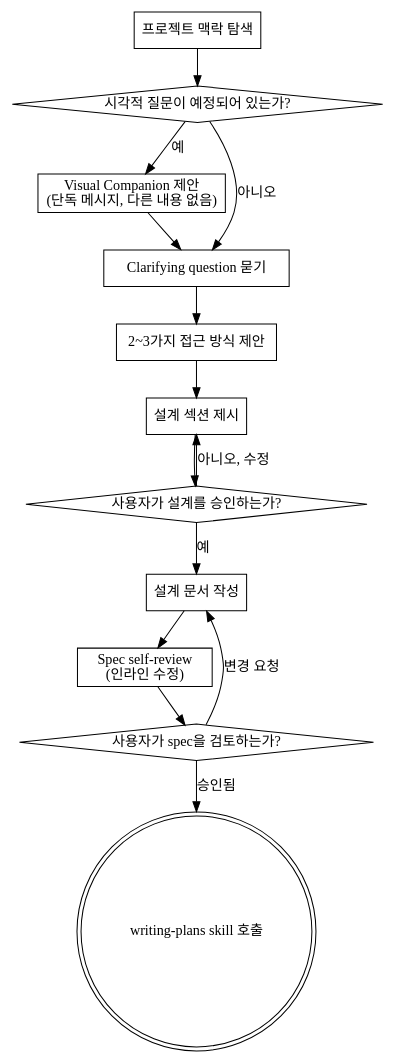
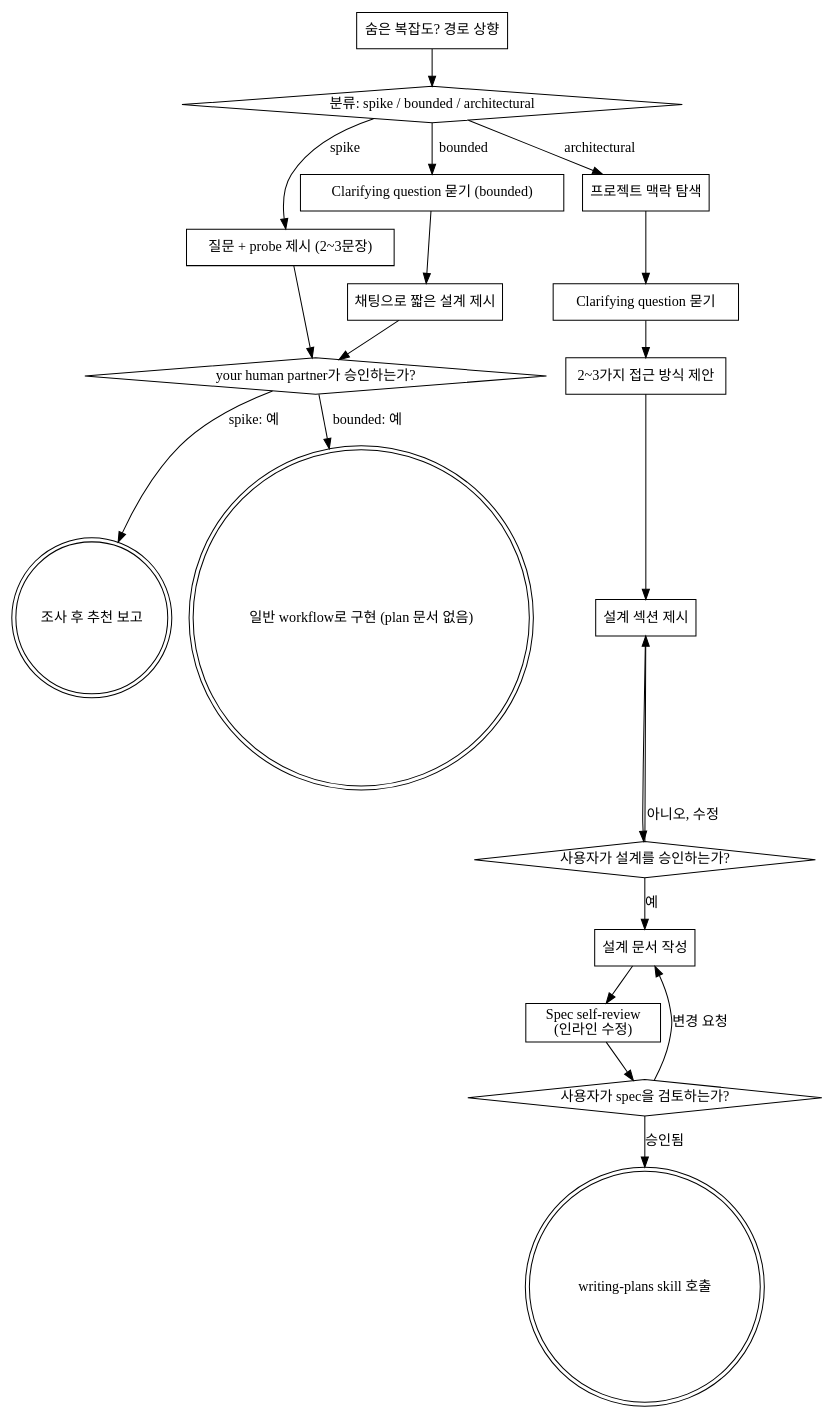
The diagram in plugins/suberpower/skills/brainstorming/SKILL.md (june20516/suberpower), drawn with Graphviz before and after one commit. The commit also changed other lines of this file and 9 other files, not shown here.

````diff
--- a/plugins/suberpower/skills/brainstorming/SKILL.md
+++ b/plugins/suberpower/skills/brainstorming/SKILL.md
@@ -36,29 +89,41 @@
 ```dot
 digraph brainstorming {
+    "분류: spike / bounded / architectural" [shape=diamond];
+    "질문 + probe 제시 (2~3문장)" [shape=box];
+    "Clarifying question 묻기 (bounded)" [shape=box];
+    "채팅으로 짧은 설계 제시" [shape=box];
+    "your human partner가 승인하는가?" [shape=diamond];
+    "조사 후 추천 보고" [shape=doublecircle];
+    "일반 workflow로 구현 (plan 문서 없음)" [shape=doublecircle];
     "프로젝트 맥락 탐색" [shape=box];
-    "시각적 질문이 예정되어 있는가?" [shape=diamond];
-    "Visual Companion 제안\n(단독 메시지, 다른 내용 없음)" [shape=box];
     "Clarifying question 묻기" [shape=box];
     "2~3가지 접근 방식 제안" [shape=box];
     "설계 섹션 제시" [shape=box];
     "사용자가 설계를 승인하는가?" [shape=diamond];
     "설계 문서 작성" [shape=box];
     "Spec self-review\n(인라인 수정)" [shape=box];
     "사용자가 spec을 검토하는가?" [shape=diamond];
     "writing-plans skill 호출" [shape=doublecircle];
+    "숨은 복잡도? 경로 상향" [shape=box];
 
-    "프로젝트 맥락 탐색" -> "시각적 질문이 예정되어 있는가?";
-    "시각적 질문이 예정되어 있는가?" -> "Visual Companion 제안\n(단독 메시지, 다른 내용 없음)" [label="예"];
-    "시각적 질문이 예정되어 있는가?" -> "Clarifying question 묻기" [label="아니오"];
-    "Visual Companion 제안\n(단독 메시지, 다른 내용 없음)" -> "Clarifying question 묻기";
+    "분류: spike / bounded / architectural" -> "질문 + probe 제시 (2~3문장)" [label="spike"];
+    "분류: spike / bounded / architectural" -> "Clarifying question 묻기 (bounded)" [label="bounded"];
+    "분류: spike / bounded / architectural" -> "프로젝트 맥락 탐색" [label="architectural"];
+    "질문 + probe 제시 (2~3문장)" -> "your human partner가 승인하는가?";
+    "Clarifying question 묻기 (bounded)" -> "채팅으로 짧은 설계 제시";
+    "채팅으로 짧은 설계 제시" -> "your human partner가 승인하는가?";
+    "your human partner가 승인하는가?" -> "조사 후 추천 보고" [label="spike: 예"];
+    "your human partner가 승인하는가?" -> "일반 workflow로 구현 (plan 문서 없음)" [label="bounded: 예"];
+    "숨은 복잡도? 경로 상향" -> "분류: spike / bounded / architectural";
+    "프로젝트 맥락 탐색" -> "Clarifying question 묻기";
     "Clarifying question 묻기" -> "2~3가지 접근 방식 제안";
     "2~3가지 접근 방식 제안" -> "설계 섹션 제시";
     "설계 섹션 제시" -> "사용자가 설계를 승인하는가?";
     "사용자가 설계를 승인하는가?" -> "설계 섹션 제시" [label="아니오, 수정"];
     "사용자가 설계를 승인하는가?" -> "설계 문서 작성" [label="예"];
     "설계 문서 작성" -> "Spec self-review\n(인라인 수정)";
     "Spec self-review\n(인라인 수정)" -> "사용자가 spec을 검토하는가?";
     "사용자가 spec을 검토하는가?" -> "설계 문서 작성" [label="변경 요청"];
     "사용자가 spec을 검토하는가?" -> "writing-plans skill 호출" [label="승인됨"];
 }
 ```
````
